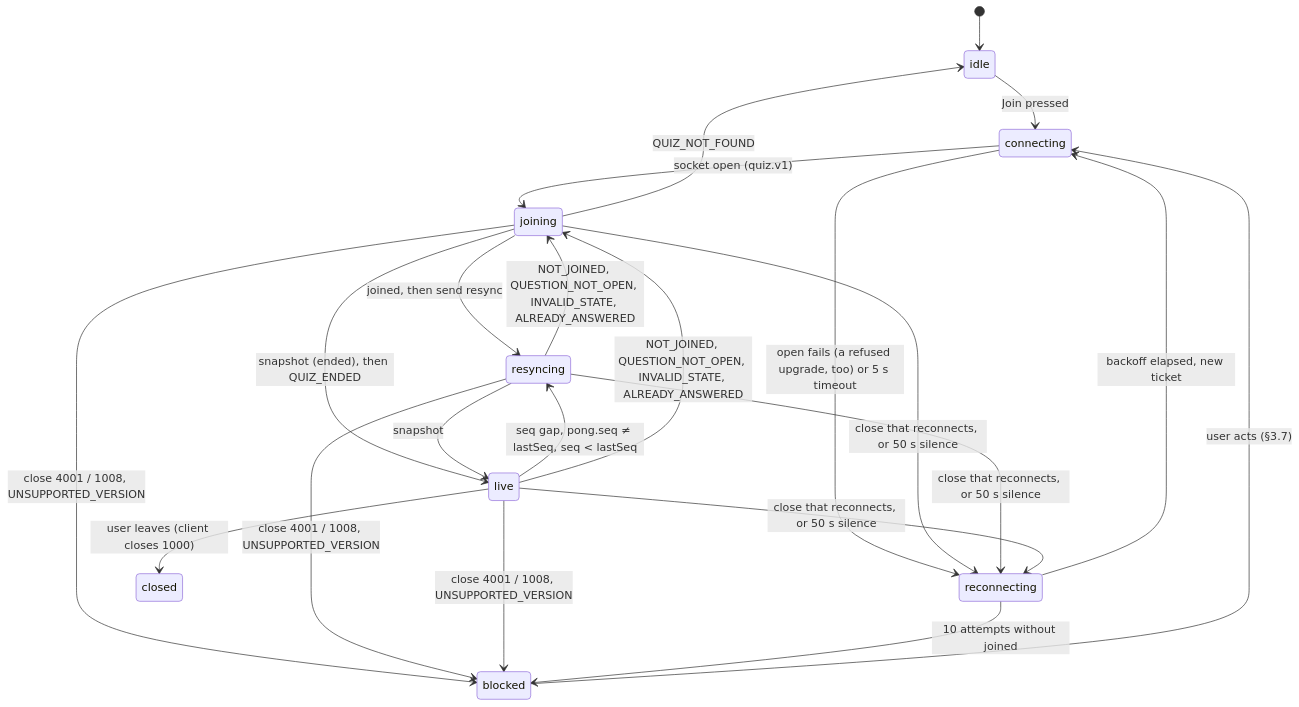
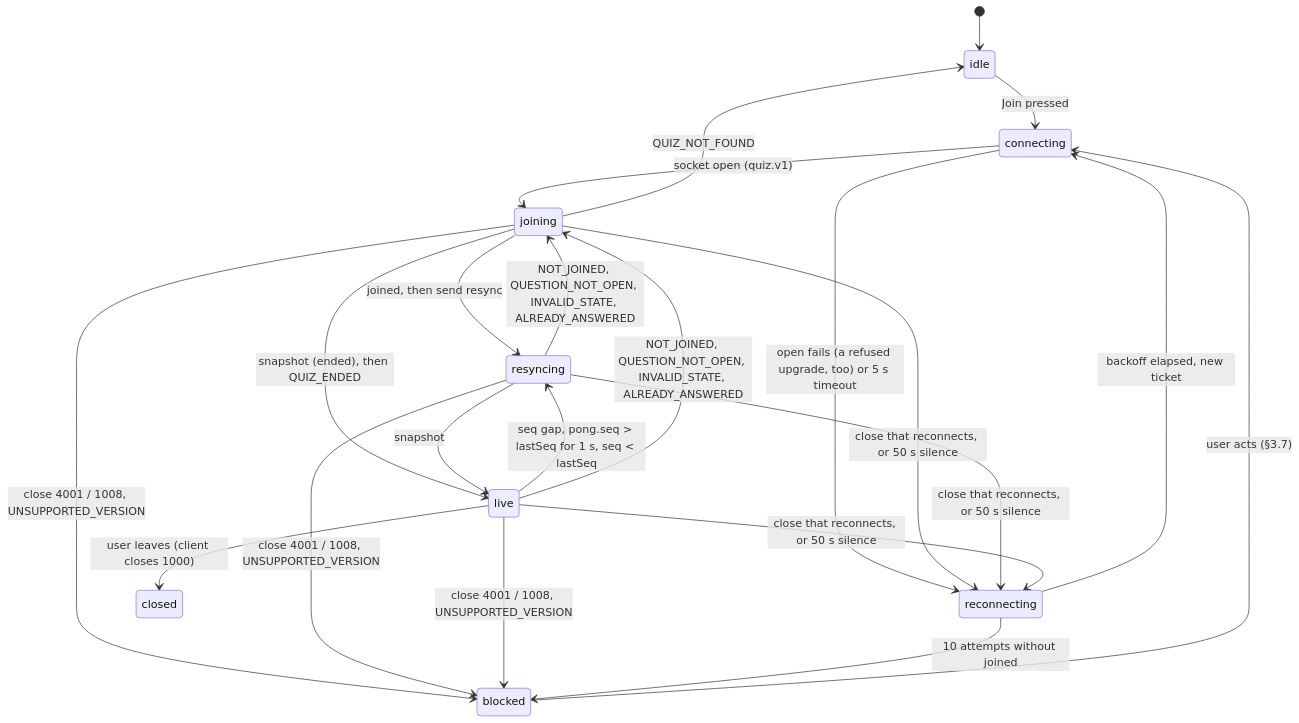
The first of 2 diagrams in docs/spec/ui.md (kobars/realtime-vocab-quiz), drawn with Mermaid before and after one commit. The commit also changed other lines of this file and 4 other files, not shown here.

````diff
--- a/docs/spec/ui.md
+++ b/docs/spec/ui.md
@@ -116,24 +116,24 @@
 ```mermaid
 stateDiagram-v2
     [*] --> idle
     idle --> connecting: Join pressed
     connecting --> joining: socket open (quiz.v1)
     connecting --> reconnecting: open fails (a refused upgrade, too) or 5 s timeout
     joining --> resyncing: joined, then send resync
     joining --> live: snapshot (ended), then QUIZ_ENDED
     joining --> idle: QUIZ_NOT_FOUND
     resyncing --> live: snapshot
-    live --> resyncing: seq gap, pong.seq ≠ lastSeq, seq < lastSeq
+    live --> resyncing: seq gap, pong.seq > lastSeq for 1 s, seq < lastSeq
     live --> joining: NOT_JOINED, QUESTION_NOT_OPEN, INVALID_STATE, ALREADY_ANSWERED
     resyncing --> joining: NOT_JOINED, QUESTION_NOT_OPEN, INVALID_STATE, ALREADY_ANSWERED
     joining --> reconnecting: close that reconnects, or 50 s silence
     resyncing --> reconnecting: close that reconnects, or 50 s silence
     live --> reconnecting: close that reconnects, or 50 s silence
     joining --> blocked: close 4001 / 1008, UNSUPPORTED_VERSION
     resyncing --> blocked: close 4001 / 1008, UNSUPPORTED_VERSION
     live --> blocked: close 4001 / 1008, UNSUPPORTED_VERSION
     reconnecting --> connecting: backoff elapsed, new ticket
     reconnecting --> blocked: 10 attempts without joined
     live --> closed: user leaves (client closes 1000)
     blocked --> connecting: user acts (§3.7)
 ```
````
